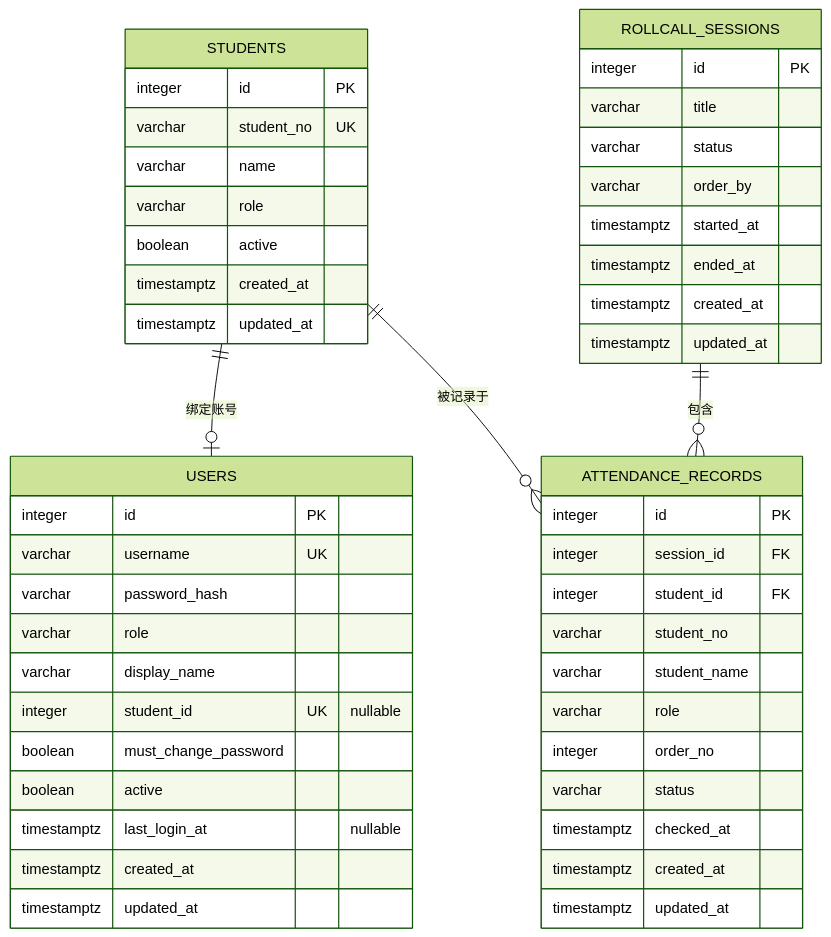
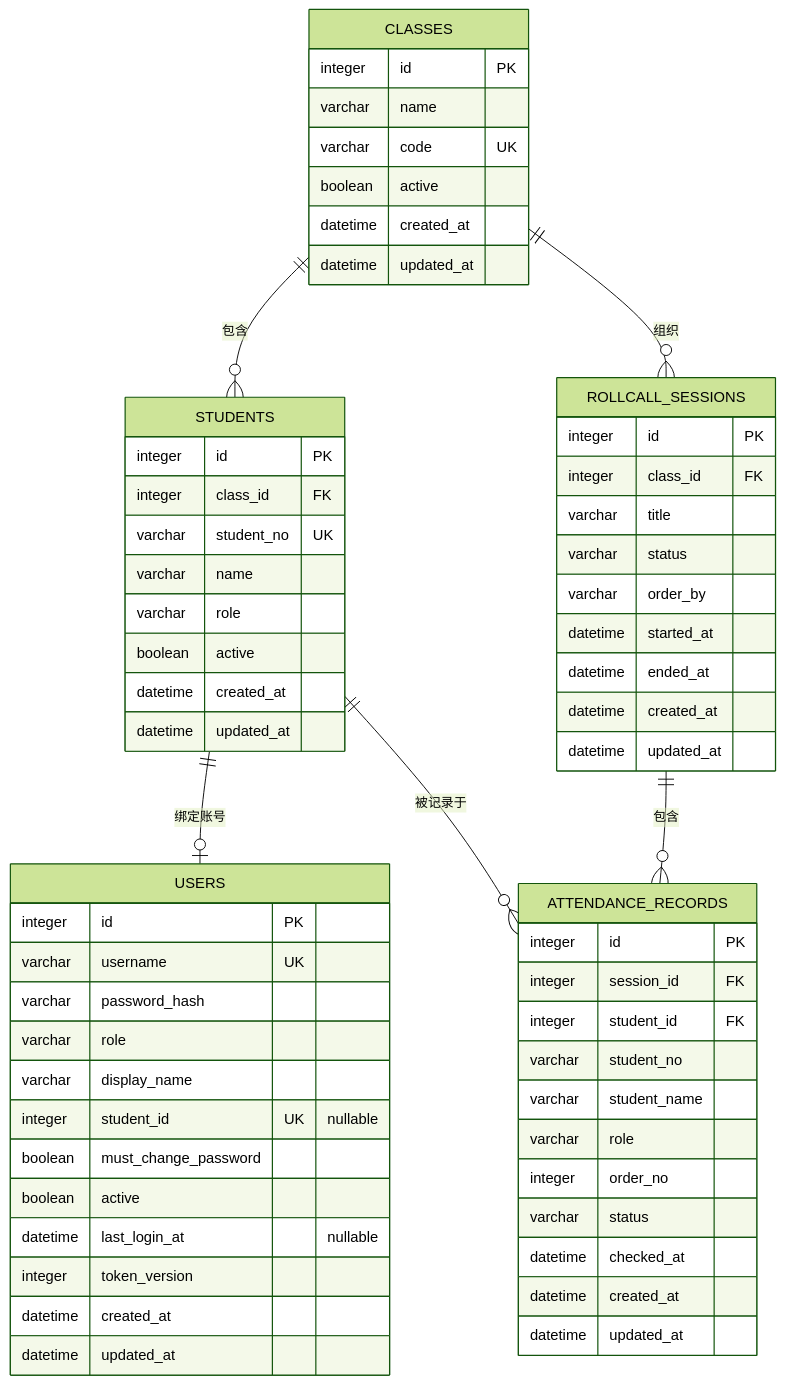
Before and after one commit to sparrow-max/teachers-treasure: the diagram in docs/数据库.md, drawn with Mermaid (forest theme). The commit also changed other lines of this file and 21 other files, not shown here.

````diff
--- a/docs/数据库.md
+++ b/docs/数据库.md
@@ -25,55 +26,69 @@
 ```mermaid
 erDiagram
+    CLASSES ||--o{ STUDENTS : "包含"
+    CLASSES ||--o{ ROLLCALL_SESSIONS : "组织"
     STUDENTS ||--o| USERS : "绑定账号"
     STUDENTS ||--o{ ATTENDANCE_RECORDS : "被记录于"
     ROLLCALL_SESSIONS ||--o{ ATTENDANCE_RECORDS : "包含"
 
+    CLASSES {
+        integer id PK
+        varchar name
+        varchar code UK
+        boolean active
+        datetime created_at
+        datetime updated_at
+    }
+
     STUDENTS {
         integer id PK
+        integer class_id FK
         varchar student_no UK
         varchar name
         varchar role
         boolean active
-        timestamptz created_at
-        timestamptz updated_at
+        datetime created_at
+        datetime updated_at
     }
 
     USERS {
         integer id PK
         varchar username UK
         varchar password_hash
         varchar role
         varchar display_name
         integer student_id UK "nullable"
         boolean must_change_password
         boolean active
-        timestamptz last_login_at "nullable"
-        timestamptz created_at
-        timestamptz updated_at
+        datetime last_login_at "nullable"
+        integer token_version
+        datetime created_at
+        datetime updated_at
     }
 
     ROLLCALL_SESSIONS {
         integer id PK
+        integer class_id FK
         varchar title
         varchar status
         varchar order_by
-        timestamptz started_at
-        timestamptz ended_at
-        timestamptz created_at
-        timestamptz updated_at
+        datetime started_at
+        datetime ended_at
+        datetime created_at
+        datetime updated_at
     }
 
     ATTENDANCE_RECORDS {
         integer id PK
         integer session_id FK
         integer student_id FK
         varchar student_no
         varchar student_name
         varchar role
         integer order_no
         varchar status
-        timestamptz checked_at
-        timestamptz created_at
-        timestamptz updated_at
+        datetime checked_at
+        datetime created_at
+        datetime updated_at
     }
 ```
````
